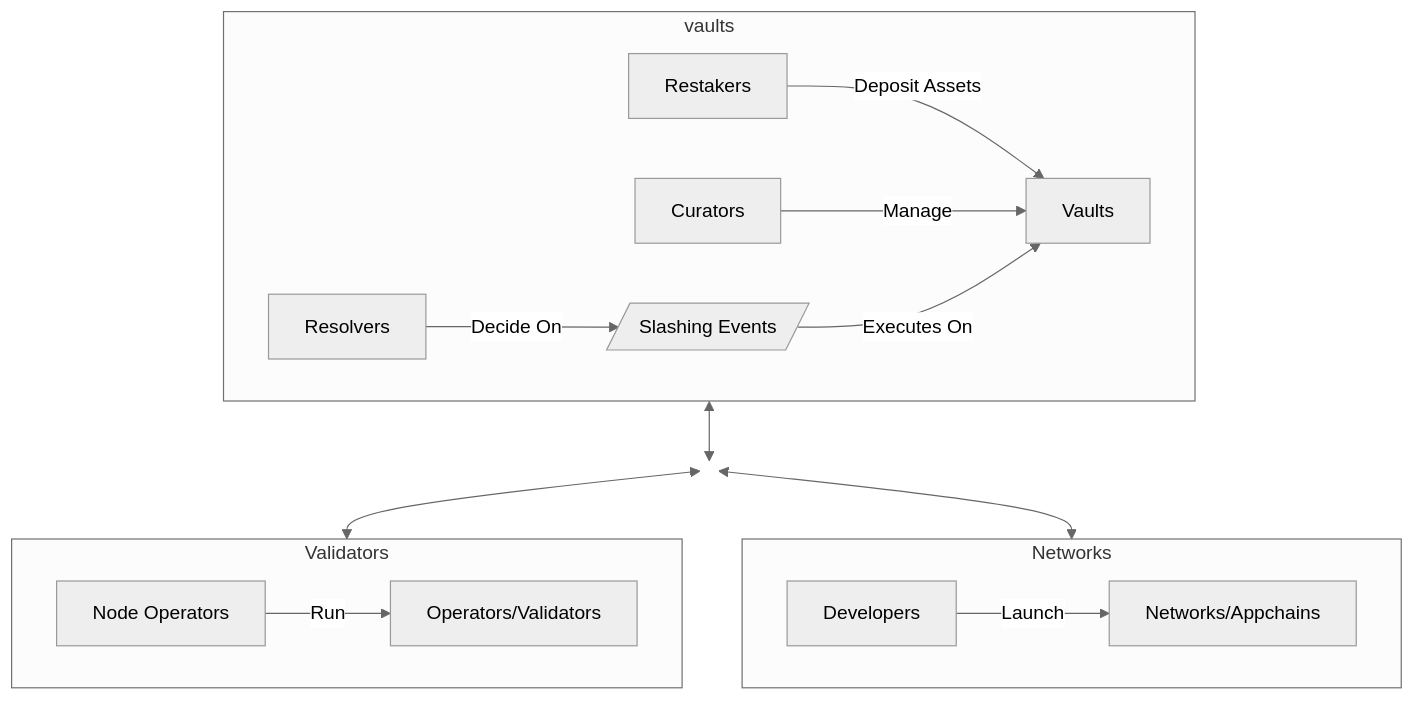
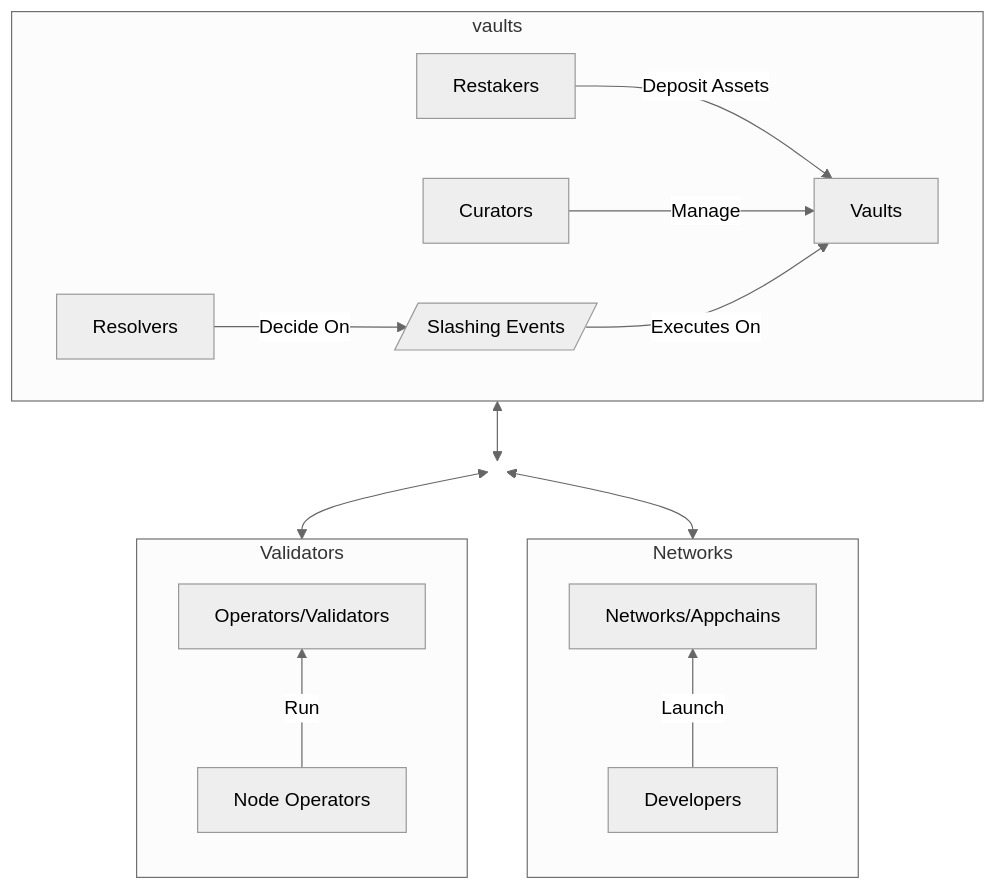
The diagram in learn/tanssi/external-security-providers/symbiotic.md (moondance-labs/tanssi-docs), drawn with Mermaid (neutral theme) before and after one commit. The commit also changed other lines of this file, not shown here.

````diff
--- a/learn/tanssi/external-security-providers/symbiotic.md
+++ b/learn/tanssi/external-security-providers/symbiotic.md
@@ -38,34 +22,36 @@
 ```mermaid
 flowchart TD
     %% Vaults subgraph
     subgraph vaults
         slash[/Slashing Events/]
         Restakers -- Deposit Assets --> Vaults
         Curators -- Manage --> Vaults
         Resolvers -- Decide On --> slash
         slash -- Executes On --> Vaults
     end
 
     %% Validators subgraph
     subgraph Validators
+        direction BT
         validators["Operators/Validators"]
         operators["Node Operators"]
         operators -- Run --> validators
     end
 
     %% Networks subgraph
     subgraph Networks
+        direction BT
+        developers["Developers"]
         networks["Networks/Appchains"]
-        developers["Developers"]
         developers -- Launch --> networks
     end
 
     %% Dummy node for alignment
     vaults <--> dummy1(( )):::invisible
     dummy1 <--> Validators
     dummy1 <--> Networks
 
     %% Style for invisible node
     classDef invisible fill:none,stroke:none;
 
 ```
````
